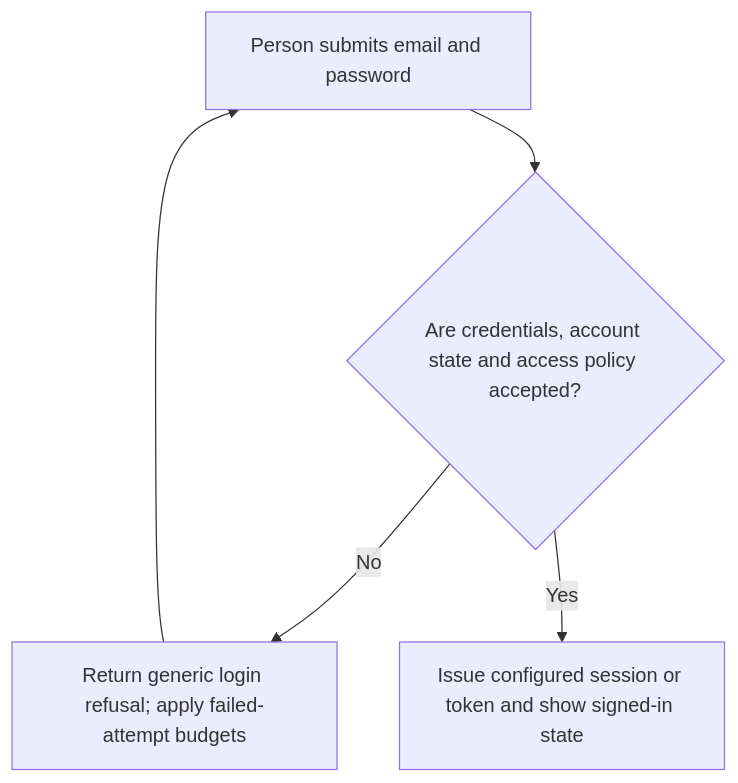
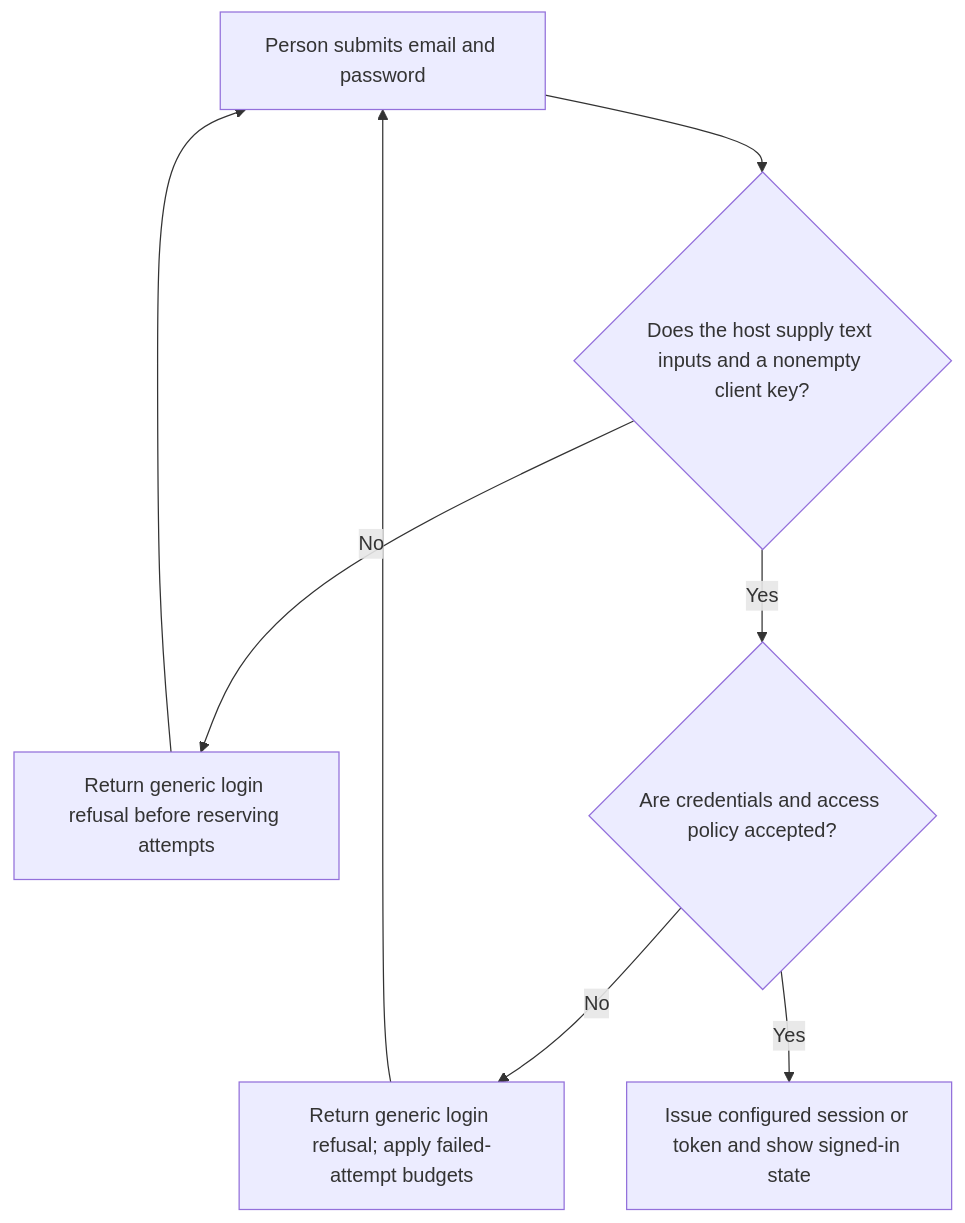
One commit to Kevinjohn/oss-adonisjs-account-kit changed the first of 2 diagrams in user-stories/US-ACCOUNT-03-sign-in.md. Above: the diagram before and after it, drawn with Mermaid. The commit also changed other lines of this file and 15 other files, not shown here.

````diff
--- a/user-stories/US-ACCOUNT-03-sign-in.md
+++ b/user-stories/US-ACCOUNT-03-sign-in.md
@@ -20,7 +20,10 @@
 ```mermaid
 flowchart TD
- A["Person submits email and password"] --> B{"Are credentials, account state and access policy accepted?"}
+ A["Person submits email and password"] --> M{"Does the host supply text inputs and a nonempty client key?"}
+ M -->|No| N["Return generic login refusal before reserving attempts"]
+ N --> A
+ M -->|Yes| B{"Are credentials and access policy accepted?"}
  B -->|No| C["Return generic login refusal; apply failed-attempt budgets"]
  C --> A
  B -->|Yes| D["Issue configured session or token and show signed-in state"]
 ```
````
